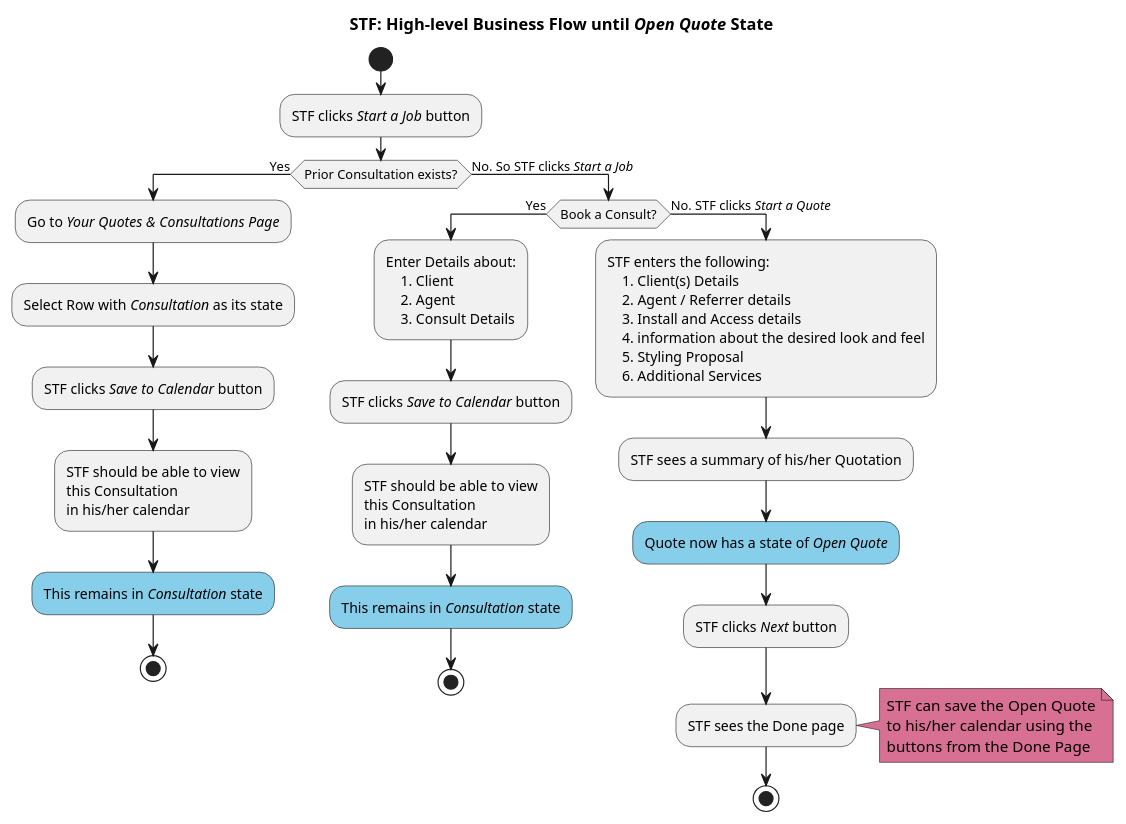
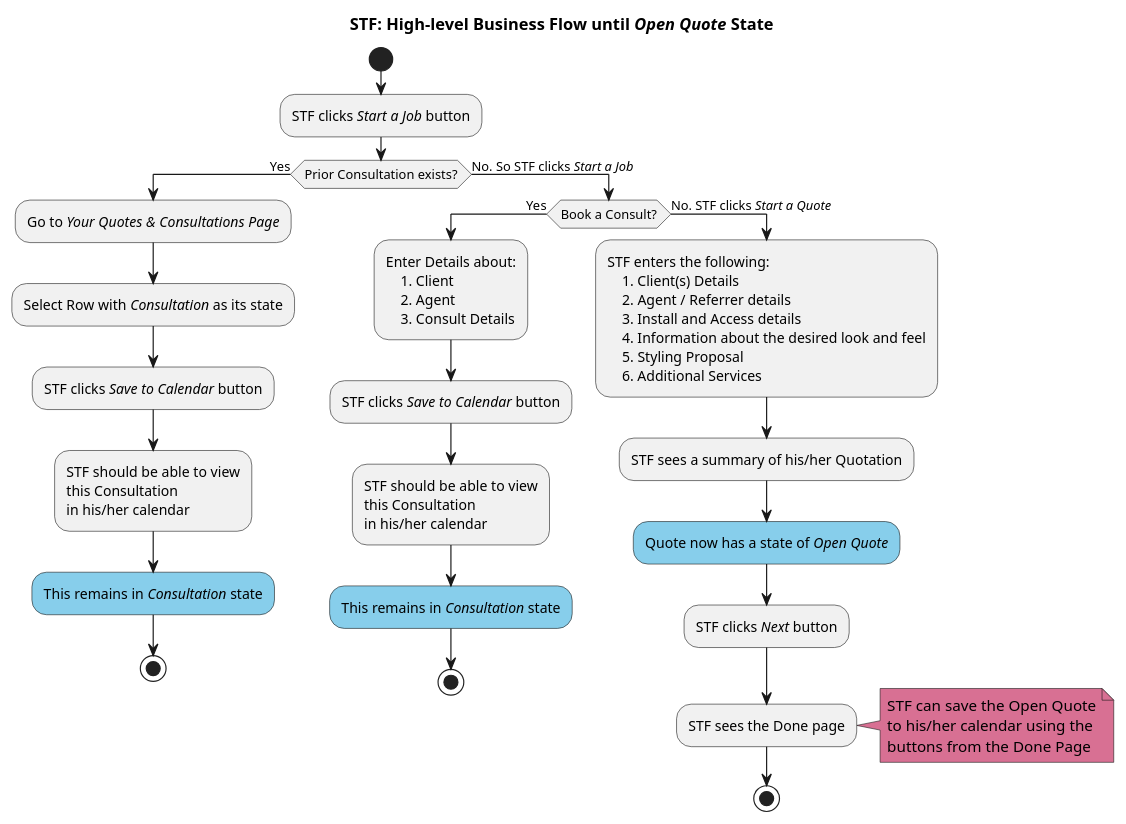
Before and after one commit to jpgacrama/NovariSpecs: the diagram in STF/STF_BeginningUntilOpenQuoteState.pu, drawn with PlantUML. The commit also changed 1 other file, not shown here.

Commit message:
Committing the flow from Client's perspective
But I think that this can be fused with what I made for STF's perspective.

```diff
--- a/STF/STF_BeginningUntilOpenQuoteState.pu
+++ b/STF/STF_BeginningUntilOpenQuoteState.pu
@@ -1,53 +1,53 @@
 @startuml
     title STF: High-level Business Flow until //Open Quote// State
     start
     :STF clicks //Start a Job// button;
 
     if (Prior Consultation exists?) then (Yes)
         :Go to //Your Quotes & Consultations Page//;
         :Select Row with //Consultation// as its state;
         :STF clicks //Save to Calendar// button;
         :STF should be able to view
         this Consultation
         in his/her calendar;
         #SkyBlue:This remains in //Consultation// state;
         stop
     else (No. So STF clicks //Start a Job//)
         if (Book a Consult?) then (Yes)
             :Enter Details about:
                 1. Client
                 2. Agent
                 3. Consult Details;
 
             :STF clicks //Save to Calendar// button;
 
             :STF should be able to view
             this Consultation
             in his/her calendar;
             #SkyBlue:This remains in //Consultation// state;
             stop
 
         else (No. STF clicks //Start a Quote//)
             :STF enters the following:
                 1. Client(s) Details
                 2. Agent / Referrer details
                 3. Install and Access details
-                4. information about the desired look and feel
+                4. Information about the desired look and feel
                 5. Styling Proposal
                 6. Additional Services;
 
             :STF sees a summary of his/her Quotation;
             #SkyBlue:Quote now has a state of //Open Quote//;
             :STF clicks //Next// button;
             :STF sees the Done page;
 
             note right #PaleVioletRed
                 STF can save the Open Quote
                 to his/her calendar using the
                 buttons from the Done Page
             end note
 
             stop
         endif
     endif
 @enduml
```
